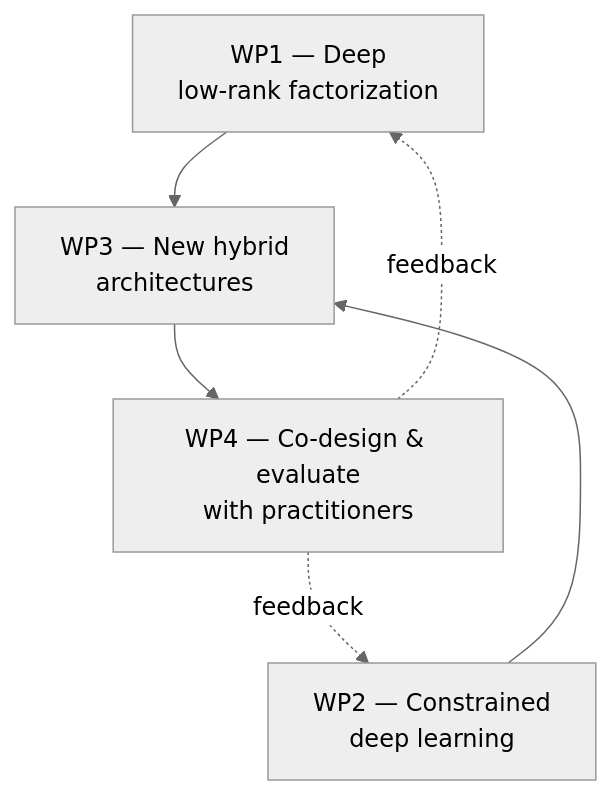
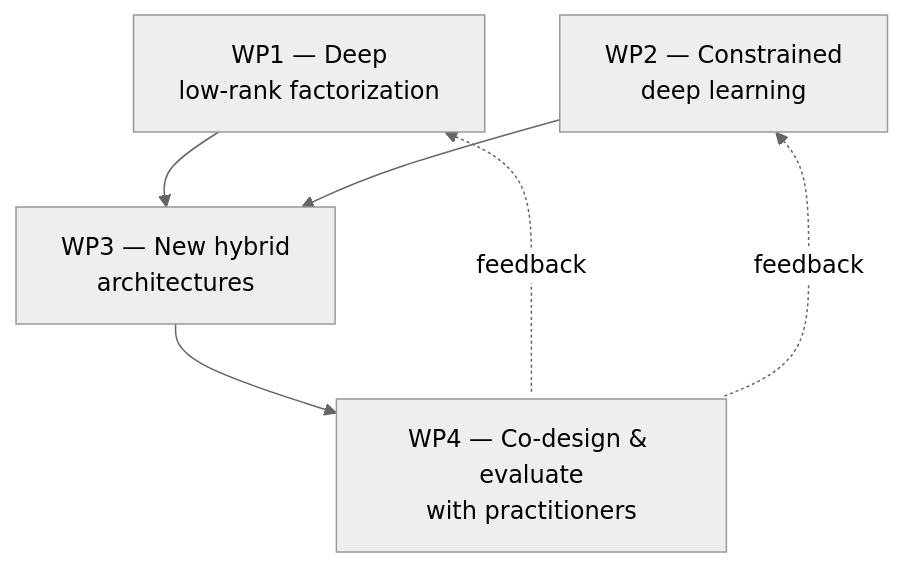
The diagram in _projects/musaic.md (ax-le/ax-le.github.io), drawn with Mermaid (neutral theme) before and after one commit. The commit also changed other lines of this file and 3 other files, not shown here.

````diff
--- a/_projects/musaic.md
+++ b/_projects/musaic.md
@@ -42,12 +45,13 @@
 ```mermaid
 graph TD
   WP1["WP1 — Deep<br/>low-rank factorization"]
   WP2["WP2 — Constrained<br/>deep learning"]
   WP3["WP3 — New hybrid<br/>architectures"]
   WP4["WP4 — Co-design & evaluate<br/>with practitioners"]
   WP1 --> WP3
   WP2 --> WP3
   WP3 --> WP4
-  WP4 -.feedback.-> WP1
-  WP4 -.feedback.-> WP2
+  WP1 <-. feedback .-> WP4
+  WP2 <-. feedback .-> WP4
+  linkStyle 3,4 marker-end:none
 ```
````
